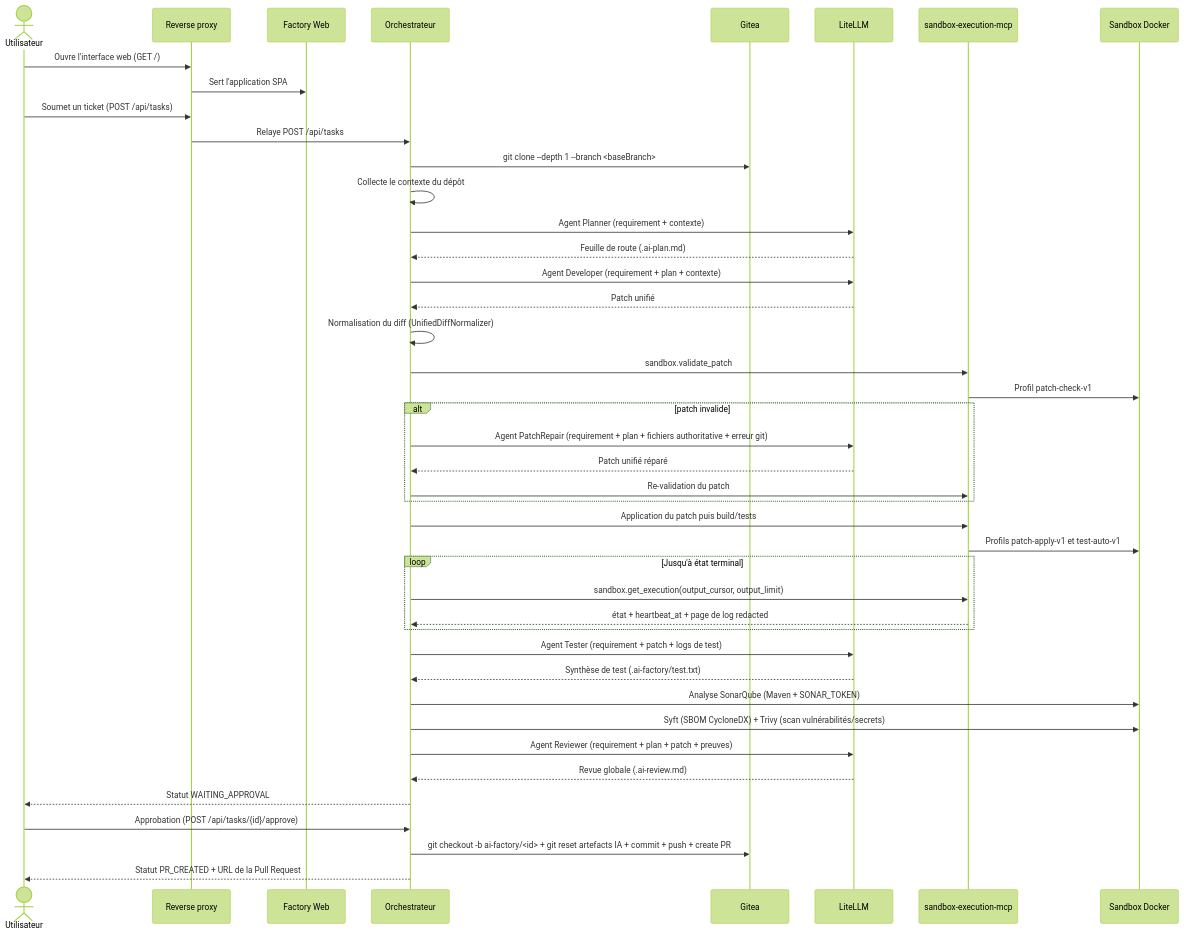
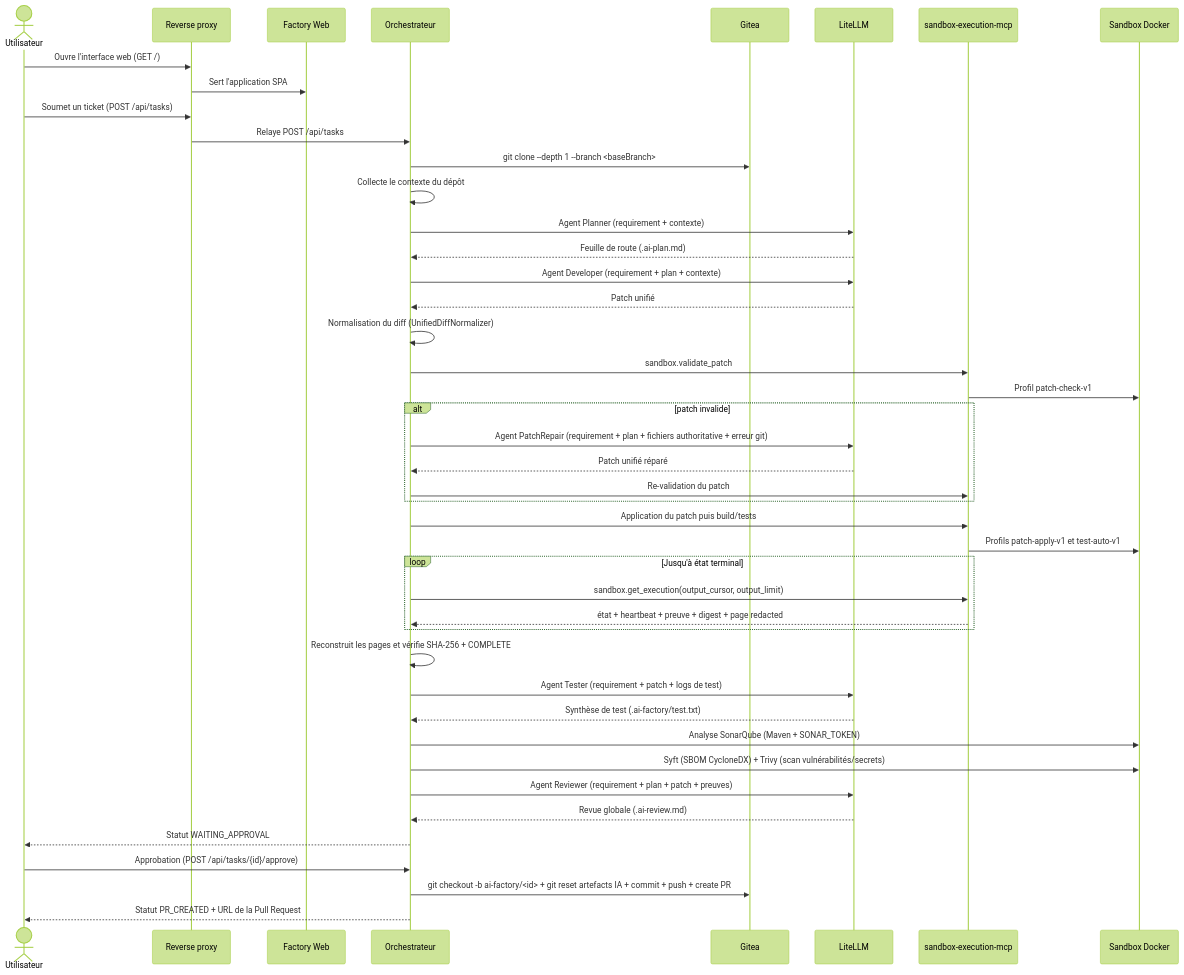
Before and after one commit to dbeaumont/ai-software-factory-local: the third of 3 diagrams in docs/proto-architecture.md, drawn with Mermaid (forest theme). The commit also changed other lines of this file and 20 other files, not shown here.

````diff
--- a/docs/proto-architecture.md
+++ b/docs/proto-architecture.md
@@ -87,46 +87,47 @@
 ```mermaid
 sequenceDiagram
   actor U as Utilisateur
   participant P as Reverse proxy
   participant W as Factory Web
   participant O as Orchestrateur
   participant G as Gitea
   participant L as LiteLLM
   participant C as sandbox-execution-mcp
   participant S as Sandbox Docker
 
   U->>P: Ouvre l'interface web (GET /)
   P->>W: Sert l'application SPA
   U->>P: Soumet un ticket (POST /api/tasks)
   P->>O: Relaye POST /api/tasks
   O->>G: git clone --depth 1 --branch <baseBranch>
   O->>O: Collecte le contexte du dépôt
   O->>L: Agent Planner (requirement + contexte)
   L-->>O: Feuille de route (.ai-plan.md)
   O->>L: Agent Developer (requirement + plan + contexte)
   L-->>O: Patch unifié
   O->>O: Normalisation du diff (UnifiedDiffNormalizer)
   O->>C: sandbox.validate_patch
   C->>S: Profil patch-check-v1
   alt patch invalide
     O->>L: Agent PatchRepair (requirement + plan + fichiers authoritative + erreur git)
     L-->>O: Patch unifié réparé
     O->>C: Re-validation du patch
   end
   O->>C: Application du patch puis build/tests
   C->>S: Profils patch-apply-v1 et test-auto-v1
   loop Jusqu'à état terminal
     O->>C: sandbox.get_execution(output_cursor, output_limit)
-    C-->>O: état + heartbeat_at + page de log redacted
+    C-->>O: état + heartbeat + preuve + digest + page redacted
   end
+  O->>O: Reconstruit les pages et vérifie SHA-256 + COMPLETE
   O->>L: Agent Tester (requirement + patch + logs de test)
   L-->>O: Synthèse de test (.ai-factory/test.txt)
   O->>S: Analyse SonarQube (Maven + SONAR_TOKEN)
   O->>S: Syft (SBOM CycloneDX) + Trivy (scan vulnérabilités/secrets)
   O->>L: Agent Reviewer (requirement + plan + patch + preuves)
   L-->>O: Revue globale (.ai-review.md)
   O-->>U: Statut WAITING_APPROVAL
   U->>O: Approbation (POST /api/tasks/{id}/approve)
   O->>G: git checkout -b ai-factory/<id> + git reset artefacts IA + commit + push + create PR
   O-->>U: Statut PR_CREATED + URL de la Pull Request
 ```
````
